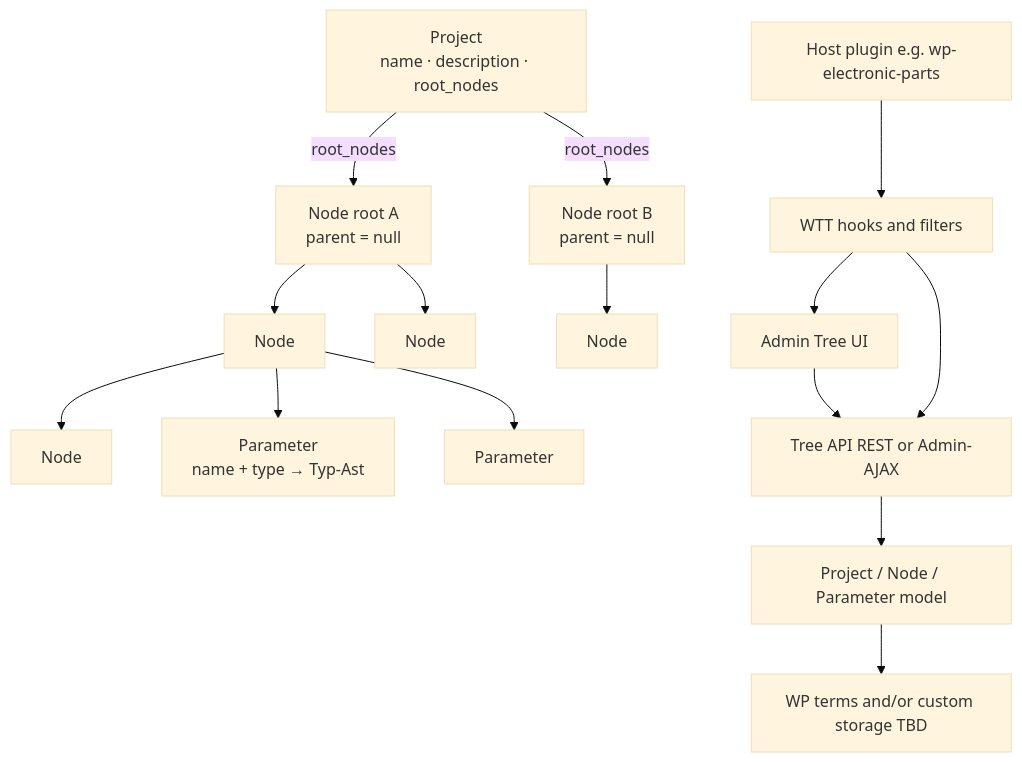
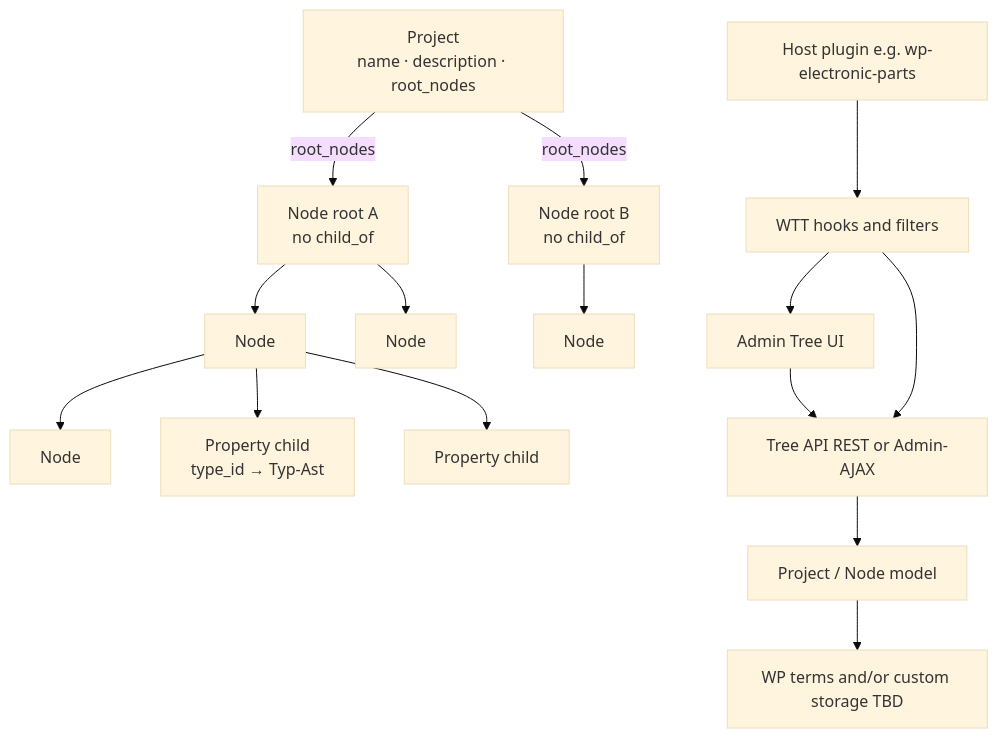
One commit to sfambach/wp-taxonomy-modeler changed the first of 3 diagrams in docs/ARCHITECTURE.md. Above: the diagram before and after it, drawn with Mermaid (base theme). The commit also changed other lines of this file and 117 other files, not shown here.

````diff
--- a/docs/ARCHITECTURE.md
+++ b/docs/ARCHITECTURE.md
@@ -13,19 +13,19 @@
 ```mermaid
 flowchart TB
   Project["Project<br/>name · description · root_nodes"]
-  Project -->|root_nodes| R1["Node root A<br/>parent = null"]
-  Project -->|root_nodes| R2["Node root B<br/>parent = null"]
+  Project -->|root_nodes| R1["Node root A<br/>no child_of"]
+  Project -->|root_nodes| R2["Node root B<br/>no child_of"]
   R1 --> C1[Node]
   R1 --> C2[Node]
   C1 --> G1[Node]
   R2 --> C3[Node]
-  C1 --> A1["Parameter<br/>name + type → Typ-Ast"]
-  C1 --> A2["Parameter"]
+  C1 --> S1["Property child<br/>type_id → Typ-Ast"]
+  C1 --> S2["Property child"]
 
   Host[Host plugin e.g. wp-electronic-parts] --> Hooks[WTT hooks and filters]
   Admin[Admin Tree UI] --> API[Tree API REST or Admin-AJAX]
-  API --> Model[Project / Node / Parameter model]
+  API --> Model[Project / Node model]
   Model --> Storage[WP terms and/or custom storage TBD]
   Hooks --> Admin
   Hooks --> API
 ```
````
